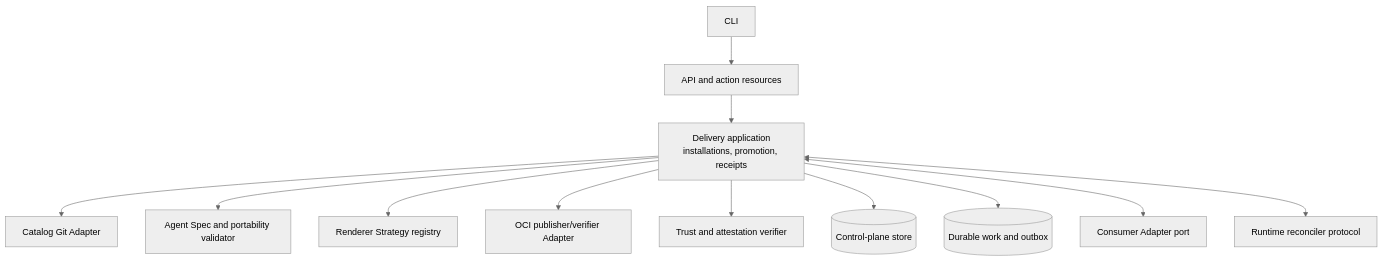
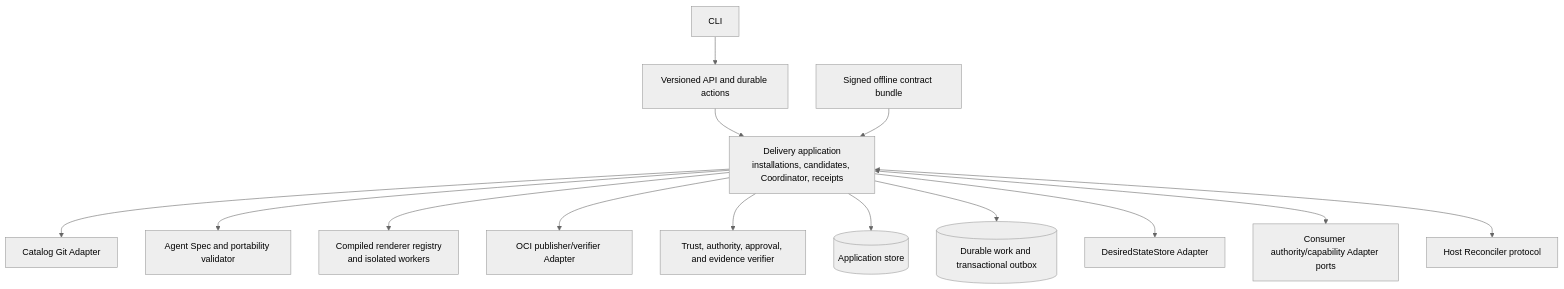
Before and after one commit to ByteDeskAI/bytedesk-agent-delivery: the second of 3 diagrams in docs/architecture/c4.md, drawn with Mermaid (neutral theme). The commit also changed other lines of this file and 64 other files, not shown here.

Commit message:
docs: freeze agent delivery architecture

````diff
--- a/docs/architecture/c4.md
+++ b/docs/architecture/c4.md
@@ -33,27 +43,31 @@
 ```mermaid
 flowchart TB
-  API[API and action resources]
+  API[Versioned API and durable actions]
   CLI[CLI]
-  Core[Delivery application\ninstallations, promotion, receipts]
+  Core[Delivery application\ninstallations, candidates, Coordinator, receipts]
+  Contracts[Signed offline contract bundle]
   CatalogClient[Catalog Git Adapter]
   Validator[Agent Spec and portability validator]
-  Renderer[Renderer Strategy registry]
+  Renderer[Compiled renderer registry\nand isolated workers]
   OCI[OCI publisher/verifier Adapter]
-  Trust[Trust and attestation verifier]
-  Store[(Control-plane store)]
-  Queue[(Durable work and outbox)]
-  ConsumerAdapter[Consumer Adapter port]
-  HostProtocol[Runtime reconciler protocol]
+  Trust[Trust, authority, approval, and evidence verifier]
+  Store[(Application store)]
+  DesiredPort[DesiredStateStore Adapter]
+  Queue[(Durable work and transactional outbox)]
+  ConsumerAdapter[Consumer authority/capability Adapter ports]
+  HostProtocol[Host Reconciler protocol]
 
   CLI --> API
   API --> Core
+  Contracts --> Core
   Core --> CatalogClient
   Core --> Validator
   Core --> Renderer
   Core --> OCI
   Core --> Trust
   Core --> Store
   Core --> Queue
+  Core --> DesiredPort
   Core <--> ConsumerAdapter
   Core <--> HostProtocol
 ```
````
